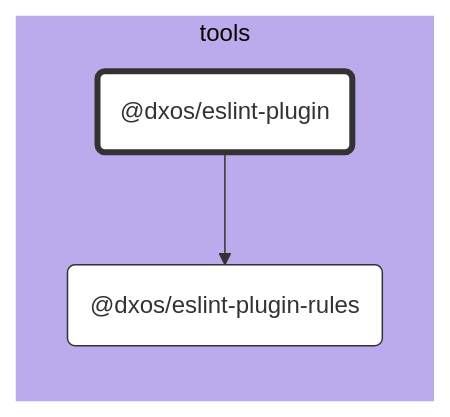
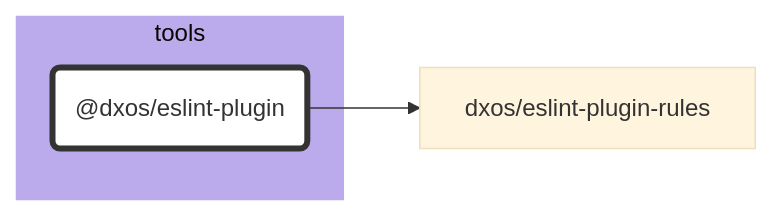
The diagram in tools/eslint-plugin/docs/README.md (dxos/dxos), drawn with Mermaid (base theme) before and after one commit. The commit also changed 87 other files, not shown here.

````diff
--- a/tools/eslint-plugin/docs/README.md
+++ b/tools/eslint-plugin/docs/README.md
@@ -7,29 +7,21 @@
 ```mermaid
 %%{ init: {'flowchart':{'curve':'basis'}} }%%
 
 flowchart LR
 
-%% Links
-dxos/eslint-plugin --> dxos/eslint-plugin-rules;
+%% Classes
+classDef def fill:#fff,stroke:#333,stroke-width:1px
+classDef root fill:#fff,stroke:#333,stroke-width:4px
 
-%% Sections
-subgraph tools
-  style tools fill:#bbabed,stroke:#fff;
+%% Nodes
 
-  dxos/eslint-plugin("@dxos/eslint-plugin")
-  dxos/eslint-plugin-rules("@dxos/eslint-plugin-rules")
+subgraph tools [tools]
+  style tools fill:#bbabed,stroke:#fff
+  dxos/eslint-plugin("@dxos/eslint-plugin"):::root
+  click dxos/eslint-plugin "dxos/dxos/tree/main/tools/eslint-plugin/docs"
 end
 
-
-%% Hyperlinks
-click dxos/eslint-plugin-rules "dxos/dxos/tree/main/tools/eslint-rules/docs";
-
-%% Styles
-classDef rootNode fill:#fff,stroke:#333,stroke-width:4px
-classDef defaultNode fill:#fff,stroke:#333,stroke-width:1px
+%% Links
 linkStyle default stroke:#333,stroke-width:1px
-
-dxos/eslint-plugin:::rootNode
-
-dxos/eslint-plugin-rules:::defaultNode
+dxos/eslint-plugin --> dxos/eslint-plugin-rules
 ```
````
